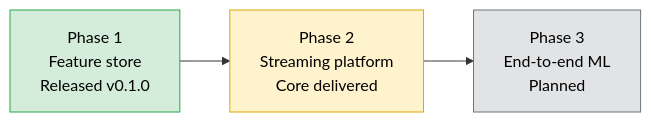
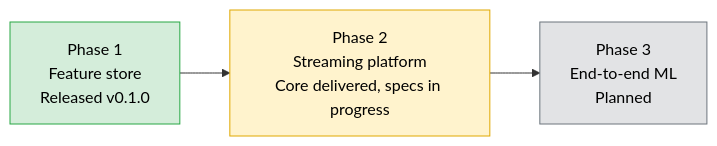
Before and after one commit to oster-dev/featureforge: the eighth of 8 diagrams in ARCHITECTURE.md, drawn with Mermaid. The commit also changed other lines of this file and 4 other files, not shown here.

Commit message:
docs: update README, ARCHITECTURE, CONTRIBUTING, blueprint and demo with the spec engine

````diff
--- a/ARCHITECTURE.md
+++ b/ARCHITECTURE.md
@@ -210,11 +264,11 @@
 ```mermaid
 flowchart LR
     P1[Phase 1<br/>Feature store<br/>Released v0.1.0]:::done
-    P2[Phase 2<br/>Streaming platform<br/>Core delivered]:::wip
+    P2[Phase 2<br/>Streaming platform<br/>Core delivered, specs in progress]:::wip
     P3[Phase 3<br/>End-to-end ML<br/>Planned]:::plan
     P1 --> P2 --> P3
 
     classDef done fill:#d4edda,stroke:#28a745,color:#000
     classDef wip fill:#fff3cd,stroke:#e0a800,color:#000
     classDef plan fill:#e2e3e5,stroke:#6c757d,color:#000
 ```
````
